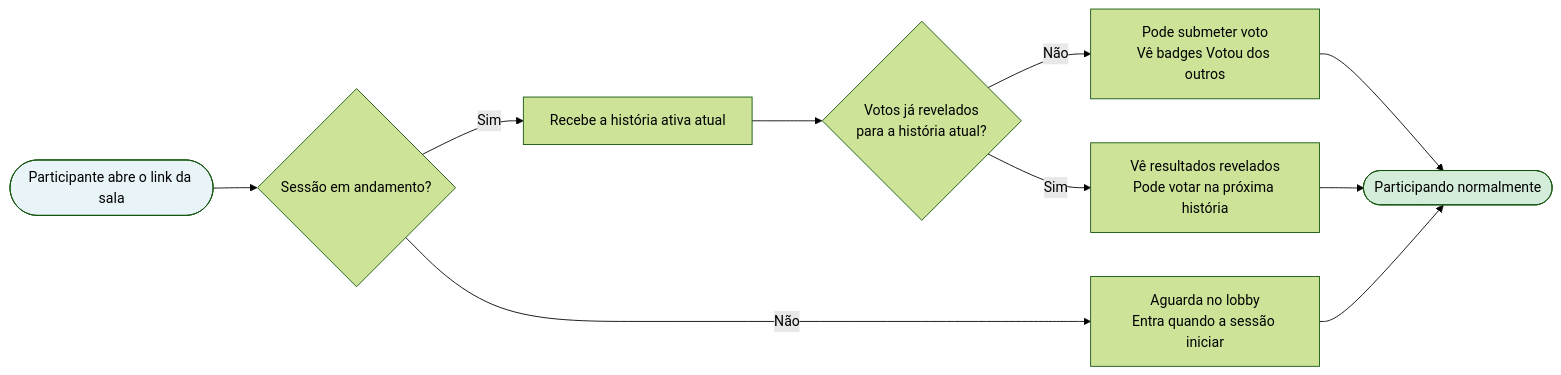
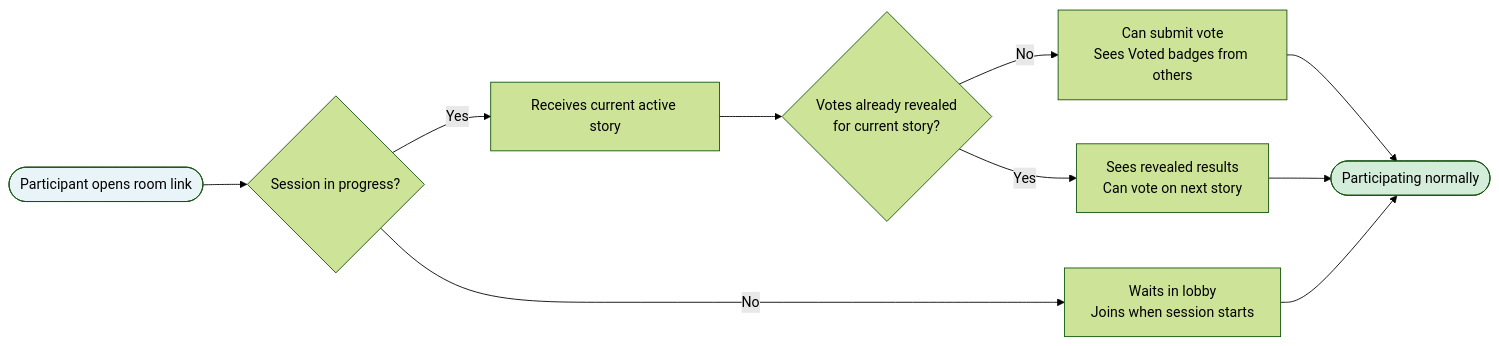
One commit to hugo-hsbtech/teamwork-process changed the fifth of 5 diagrams in docs/use-cases/case-poker/06.1-product-backlog-queue-voting.md. Above: the diagram before and after it, drawn with Mermaid (forest theme). The commit also changed other lines of this file and 63 other files, not shown here.

````diff
--- a/docs/use-cases/case-poker/06.1-product-backlog-queue-voting.md
+++ b/docs/use-cases/case-poker/06.1-product-backlog-queue-voting.md
@@ -160,15 +160,15 @@
 ```mermaid
 flowchart LR
-    A([Participante abre o link da sala]) --> B{Sessão em andamento?}
-    B -- Não --> C[Aguarda no lobby\nEntra quando a sessão iniciar]
-    B -- Sim --> D[Recebe a história ativa atual]
-    D --> E{Votos já revelados\npara a história atual?}
-    E -- Não --> F[Pode submeter voto\nVê badges Votou dos outros]
-    E -- Sim --> G[Vê resultados revelados\nPode votar na próxima história]
-    F --> H([Participando normalmente])
+    A([Participant opens room link]) --> B{Session in progress?}
+    B -- No --> C[Waits in lobby\nJoins when session starts]
+    B -- Yes --> D[Receives current active story]
+    D --> E{Votes already revealed\nfor current story?}
+    E -- No --> F[Can submit vote\nSees Voted badges from others]
+    E -- Yes --> G[Sees revealed results\nCan vote on next story]
+    F --> H([Participating normally])
     G --> H
     C --> H
 
     style A fill:#e8f4f8
     style H fill:#d4edda
 ```
````
